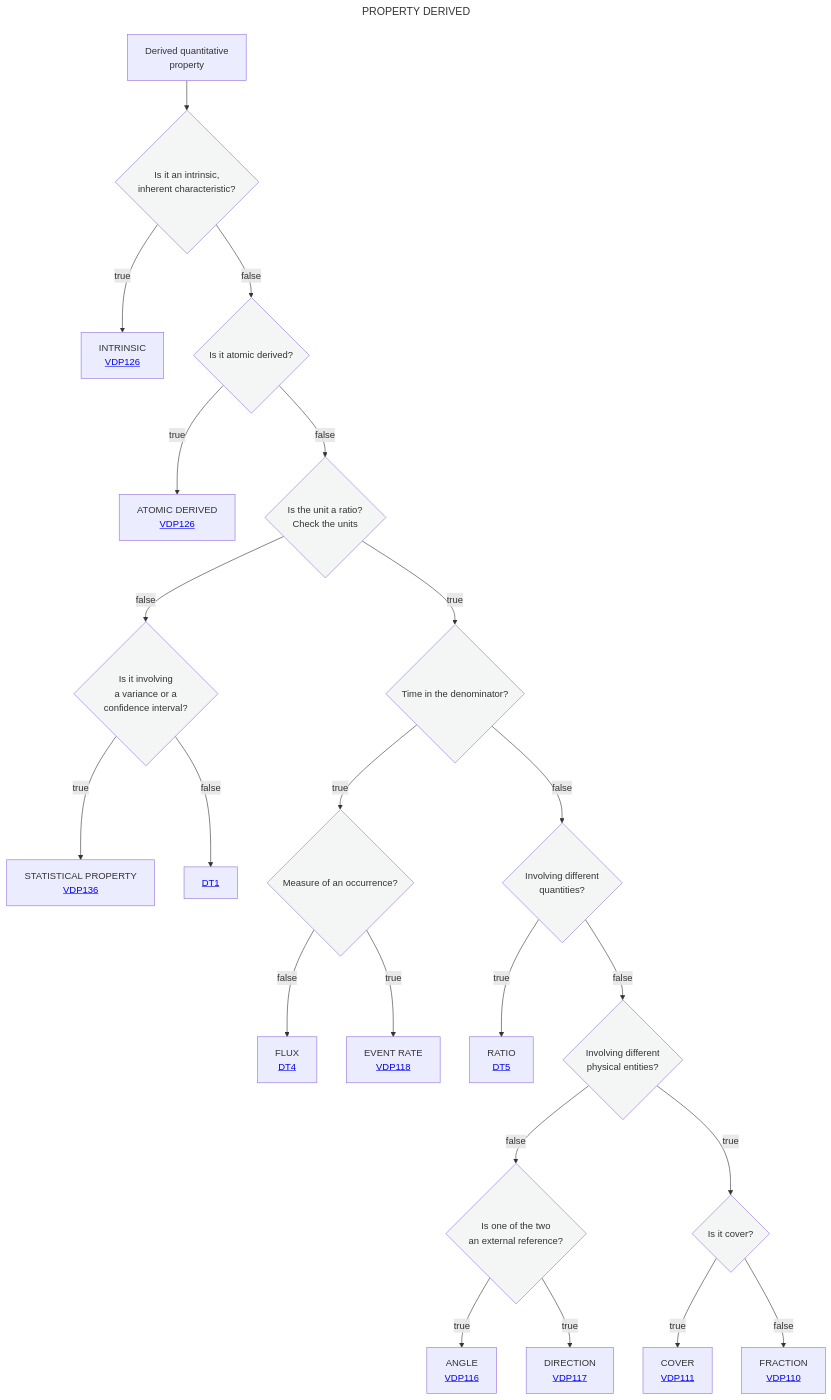
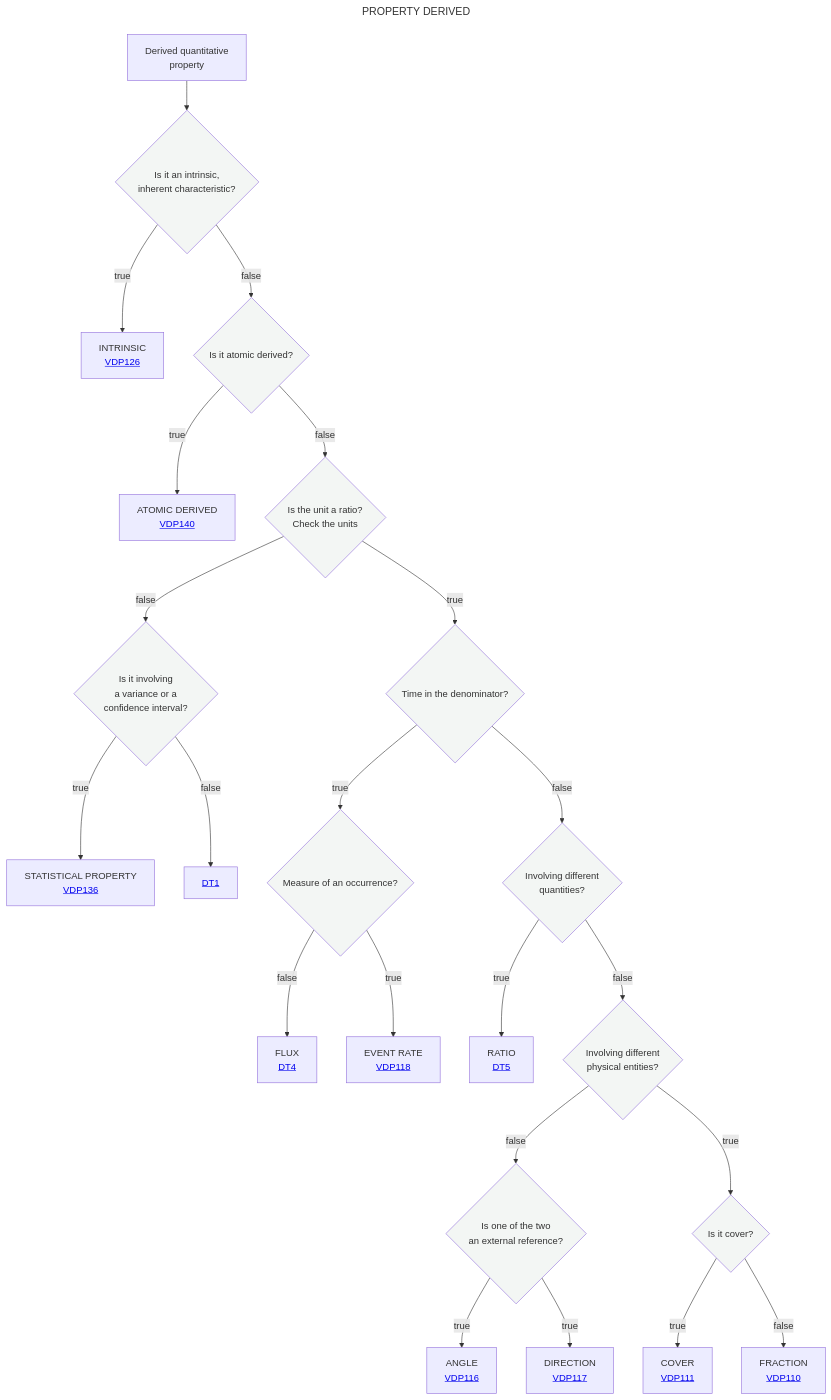
Before and after one commit to mabablue/I-ADOPT-patterns-playground: the diagram in Decisition_trees/DT3.mmd, drawn with Mermaid.

```diff
--- a/Decisition_trees/DT3.mmd
+++ b/Decisition_trees/DT3.mmd
@@ -1,29 +1,29 @@
 ---
 title: PROPERTY DERIVED
 ---
 flowchart TD
     A[Derived quantitative <br> property] --> AB{Is it an intrinsic, <br> inherent characteristic?}:::white
     AB --> |true|Y[INTRINSIC <br> <a href='https://github.com/mabablue/I-ADOPT-patterns-playground/blob/main/pattern/VDP126.yaml'>VDP126</a>]
     AB --> |false|ABB{Is it atomic derived?}:::white
-    ABB --> |true|Z[ATOMIC DERIVED <br> <a href='https://github.com/mabablue/I-ADOPT-patterns-playground/blob/main/pattern/VDP126.yaml'>VDP126</a>]
+    ABB --> |true|Z[ATOMIC DERIVED <br> <a href='https://github.com/mabablue/I-ADOPT-patterns-playground/blob/main/pattern/VDP140.yaml'>VDP140</a>]
     ABB --> |false|B{Is the unit a ratio?<br>Check the units}:::white
     B --> |true|N{Time in the denominator?}:::white
     B --> |false|D{Is it involving <br>a variance or a<br> confidence interval?}:::white
     D --> |true|G[STATISTICAL PROPERTY <br> <a href='https://github.com/mabablue/I-ADOPT-patterns-playground/blob/main/pattern/VDP136.yaml'>VDP136</a>]
     D --> |false|F[<a href='https://github.com/mabablue/I-ADOPT-patterns-playground/blob/main/Decisition_trees/DT2.mmd'>DT1</a>]
     N --> |true|E{Measure of an occurrence?}:::white
     E --> |false|K[FLUX <br> <a href='https://github.com/mabablue/I-ADOPT-patterns-playground/blob/main/Decisition_trees/DT4.mmd'> DT4</a>]
     E --> |true|J[EVENT RATE <br> <a href='https://github.com/mabablue/I-ADOPT-patterns-playground/blob/main/pattern/VDP118.yaml'>VDP118</a>]
     N --> |false|O{Involving different <br> quantities?}:::white
     O --> |true|P[RATIO <br> <a href='https://github.com/mabablue/I-ADOPT-patterns-playground/blob/main/Decisition_trees/DT5.mmd'> DT5</a>]
     O --> |false|Q{Involving different <br> physical entities?}:::white
     Q --> |false|R{Is one of the two <br> an external reference?}:::white
     R --> |true|L[ANGLE <br> <a href='https://github.com/mabablue/I-ADOPT-patterns-playground/blob/main/pattern/VDP116.yaml'>VDP116</a>]
     R --> |true|M[DIRECTION <br> <a href='https://github.com/mabablue/I-ADOPT-patterns-playground/blob/main/pattern/VDP117.yaml'>VDP117</a>]
     Q --> |true|S{Is it cover?}:::white
     S --> |true|X[COVER <br> <a href='https://github.com/mabablue/I-ADOPT-patterns-playground/blob/main/pattern/VDP111.yaml'>VDP111</a>]
     S --> |false|V[FRACTION <br> <a href='https://github.com/mabablue/I-ADOPT-patterns-playground/blob/main/pattern/VDP110.yaml'>VDP110</a>]
    classDef blue fill:#90D5FF
    classDef satblue fill:#57B9FF 
    classDef white fill:#f3f6f4
    classDef green fill:#6aa84f
```
